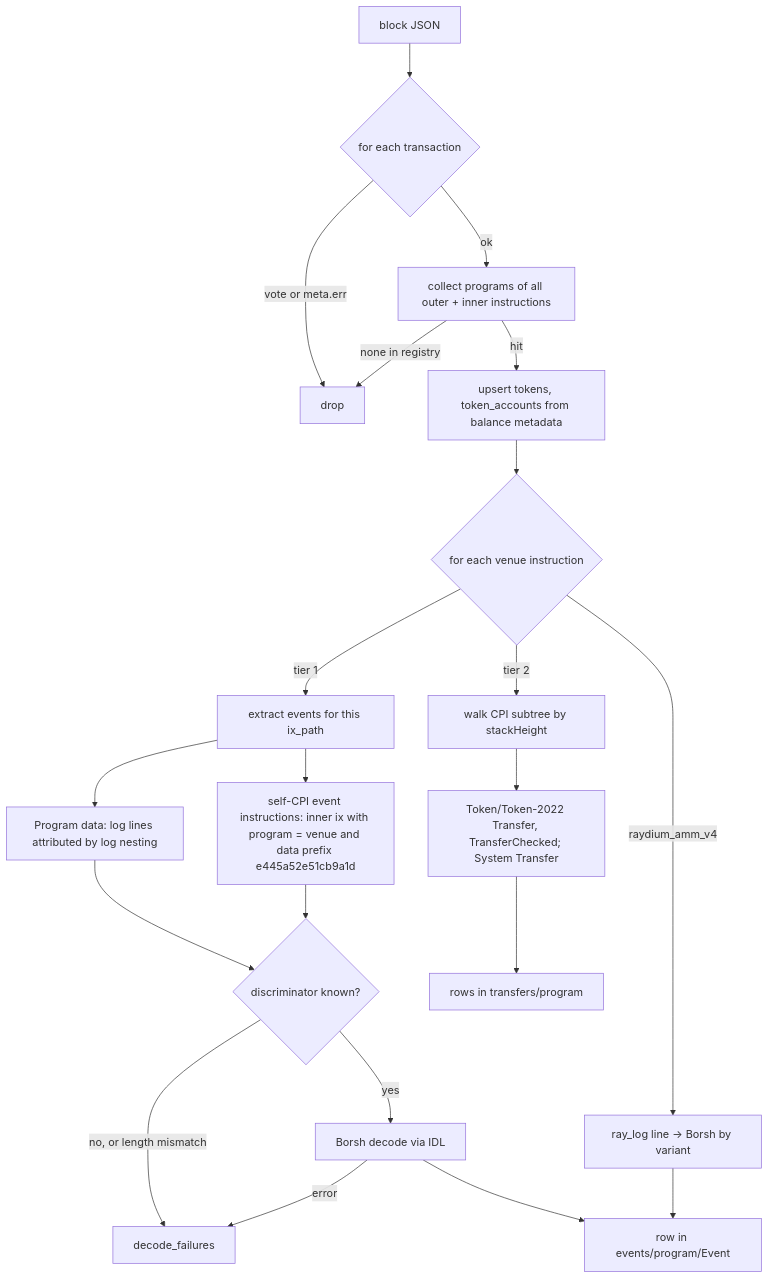
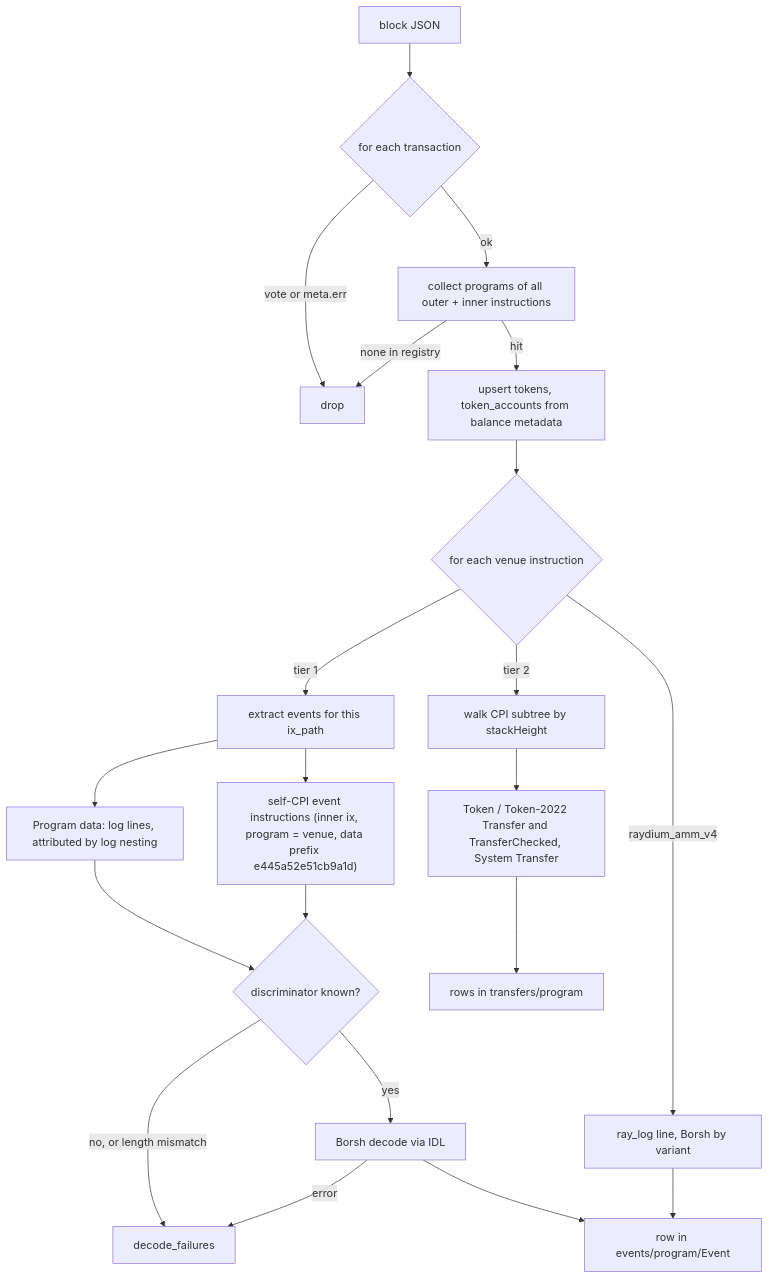
The fifth of 5 diagrams in docs/superpowers/specs/2026-10-15-fiber-data-collector-design.md (Noobmaster169/liquidity-data), drawn with Mermaid before and after one commit. The commit also changed other lines of this file, not shown here.

Commit message:
Spec: quote Mermaid labels so all diagrams render

````diff
--- a/docs/superpowers/specs/2026-10-15-fiber-data-collector-design.md
+++ b/docs/superpowers/specs/2026-10-15-fiber-data-collector-design.md
@@ -370,19 +370,19 @@
 ```mermaid
 flowchart TD
     B[block JSON] --> T{for each transaction}
-    T -->|vote or meta.err| DROP[drop]
+    T -->|"vote or meta.err"| DROP[drop]
     T -->|ok| P[collect programs of all outer + inner instructions]
     P -->|none in registry| DROP
     P -->|hit| K[upsert tokens, token_accounts from balance metadata]
     K --> I{for each venue instruction}
     I -->|tier 1| E[extract events for this ix_path]
-    E --> E1[Program data: log lines attributed by log nesting]
-    E --> E2[self-CPI event instructions: inner ix with program = venue and data prefix e445a52e51cb9a1d]
+    E --> E1["Program data: log lines, attributed by log nesting"]
+    E --> E2["self-CPI event instructions (inner ix, program = venue, data prefix e445a52e51cb9a1d)"]
     E1 & E2 --> DIS{discriminator known?}
     DIS -->|yes| BOR[Borsh decode via IDL] --> ROW[row in events/program/Event]
-    DIS -->|no, or length mismatch| FAIL[decode_failures]
+    DIS -->|"no, or length mismatch"| FAIL[decode_failures]
     BOR -->|error| FAIL
     I -->|tier 2| X[walk CPI subtree by stackHeight]
-    X --> TRF[Token/Token-2022 Transfer, TransferChecked; System Transfer] --> ROW2[rows in transfers/program]
-    I -->|raydium_amm_v4| RAY[ray_log line → Borsh by variant] --> ROW
+    X --> TRF["Token / Token-2022 Transfer and TransferChecked, System Transfer"] --> ROW2[rows in transfers/program]
+    I -->|raydium_amm_v4| RAY["ray_log line, Borsh by variant"] --> ROW
 ```
````
